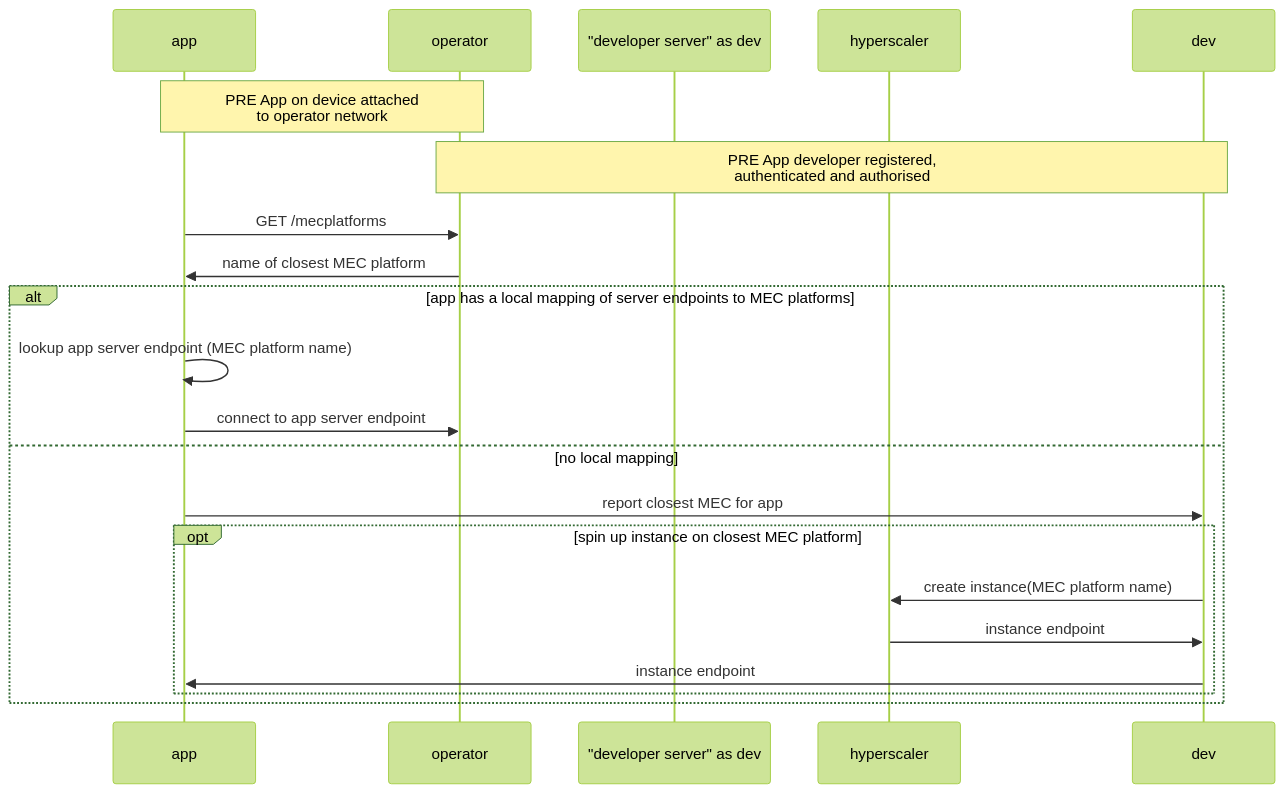
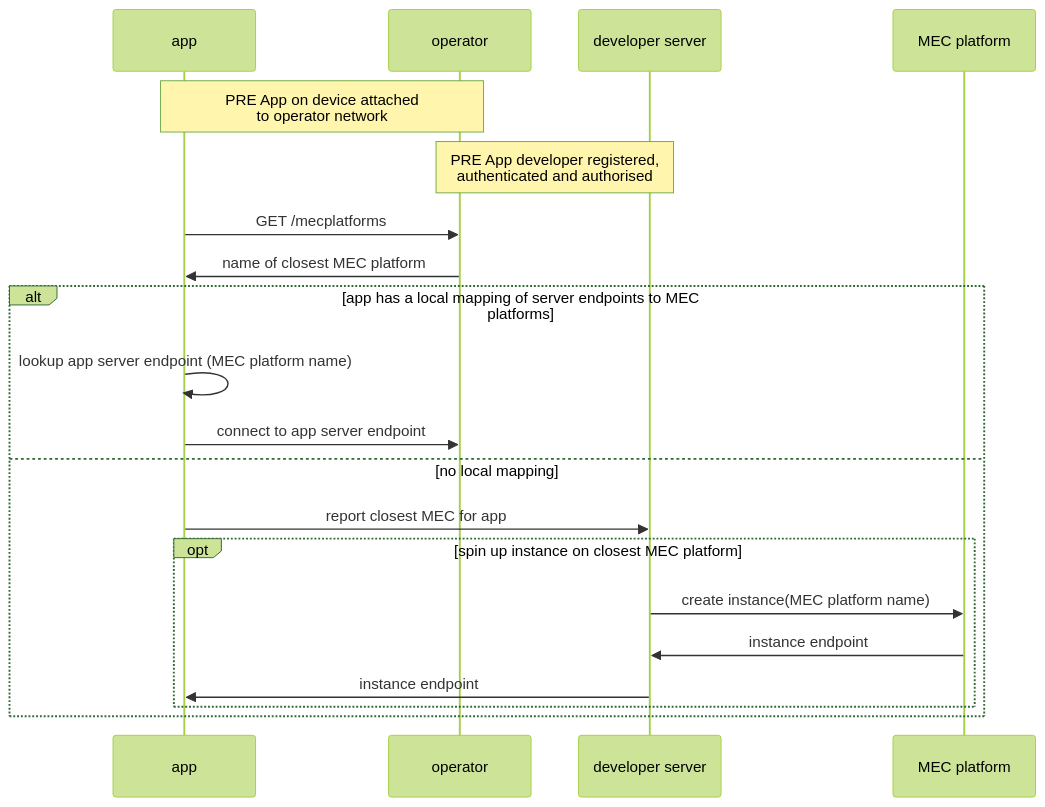
One commit to camaraproject/EdgeCloud changed the first of 2 diagrams in documentation/SupportingDocuments/Harmonisation of APIs/describing and harmonising the Edge APIs.md. Above: the diagram before and after it, drawn with Mermaid (forest theme). The commit also changed other lines of this file, not shown here.

````diff
--- a/documentation/SupportingDocuments/Harmonisation of APIs/describing and harmonising the Edge APIs.md
+++ b/documentation/SupportingDocuments/Harmonisation of APIs/describing and harmonising the Edge APIs.md
@@ -102,22 +104,22 @@
 ```mermaid
 sequenceDiagram
     participant app
     participant operator
-    participant "developer server" as dev
-    participant hyperscaler
+    participant developer server
+    participant MEC platform
     Note over app,operator: PRE App on device attached <br/> to operator network
-    Note over dev,operator: PRE App developer registered, <br/> authenticated and authorised
+    Note over developer server,operator: PRE App developer registered, <br/> authenticated and authorised
     app->>operator: GET /mecplatforms
     operator->>app: name of closest MEC platform
    alt app has a local mapping of server endpoints to MEC platforms
     app->>app: lookup app server endpoint (MEC platform name)
     app->>operator: connect to app server endpoint
    else no local mapping
-    app->>dev: report closest MEC for app
+    app->>developer server: report closest MEC for app
     opt spin up instance on closest MEC platform
-     dev->>hyperscaler: create instance(MEC platform name)
-     hyperscaler->>dev: instance endpoint
-     dev->>app: instance endpoint
+     developer server->>MEC platform: create instance(MEC platform name)
+     MEC platform->>developer server: instance endpoint
+     developer server->>app: instance endpoint
     end
    end
 ```
````
